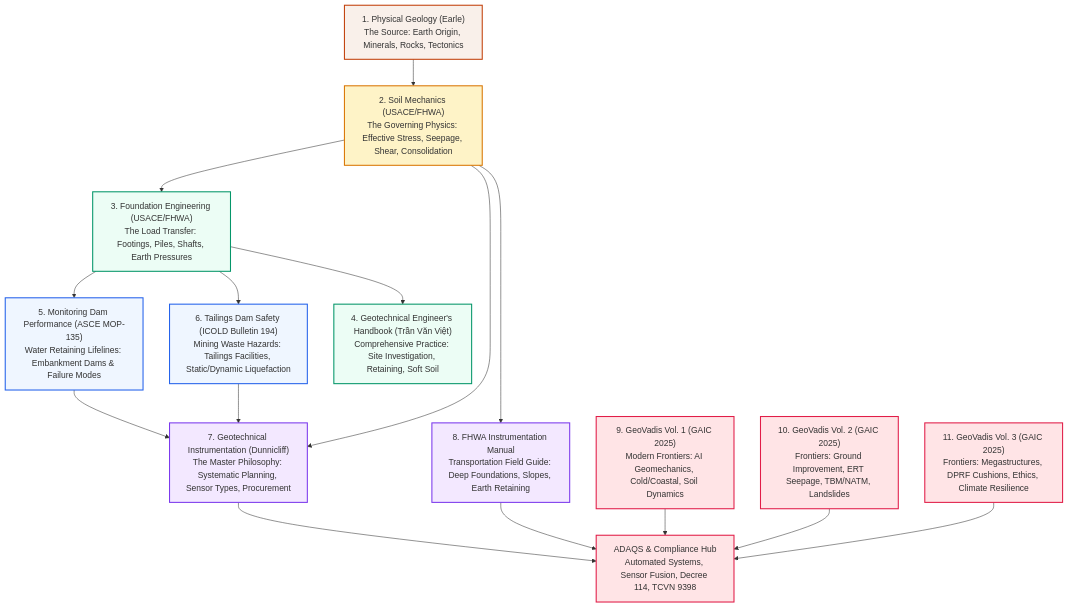
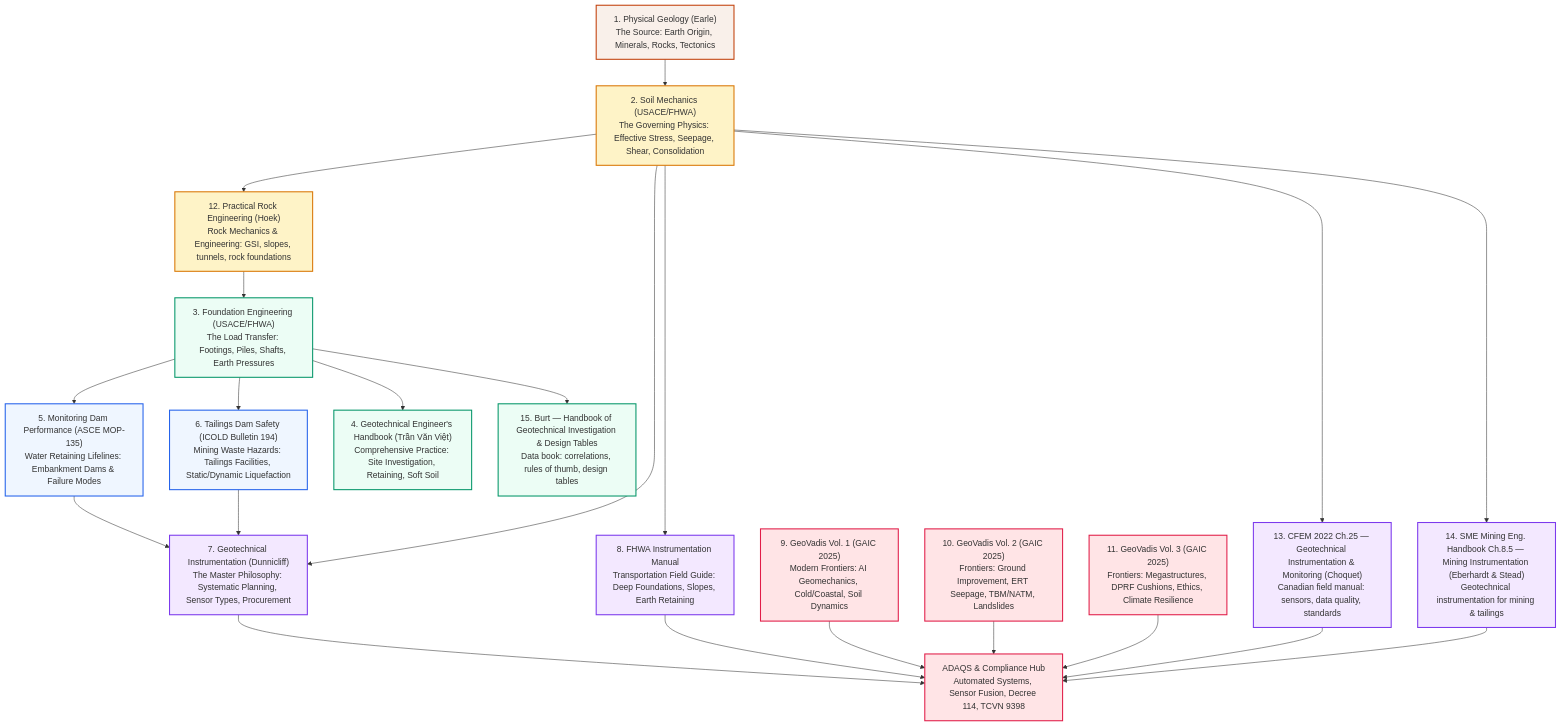
Before and after one commit to geoinst/geoinst.github.io: the second of 6 diagrams in docs/reference-manuals/overarching-vision.md, drawn with Mermaid. The commit also changed other lines of this file and 7 other files, not shown here.

First line of the commit message:
Add Burt investigation-and-design handbook digest; refresh Grand Vision

````diff
--- a/docs/reference-manuals/overarching-vision.md
+++ b/docs/reference-manuals/overarching-vision.md
@@ -58,29 +59,34 @@
 ```mermaid
 graph TD
     classDef foundation fill:#f9f0ea,stroke:#c2410c,stroke-width:2px;
     classDef physics fill:#fef3c7,stroke:#d97706,stroke-width:2px;
     classDef design fill:#ecfdf5,stroke:#059669,stroke-width:2px;
     classDef hazard fill:#eff6ff,stroke:#2563eb,stroke-width:2px;
     classDef monitor fill:#f3e8ff,stroke:#7c3aed,stroke-width:2px;
     classDef system fill:#ffe4e6,stroke:#e11d48,stroke-width:2px;
 
     PG["1. Physical Geology (Earle)<br/>The Source: Earth Origin, Minerals, Rocks, Tectonics"]:::foundation
     SM["2. Soil Mechanics (USACE/FHWA)<br/>The Governing Physics: Effective Stress, Seepage, Shear, Consolidation"]:::physics
     FE["3. Foundation Engineering (USACE/FHWA)<br/>The Load Transfer: Footings, Piles, Shafts, Earth Pressures"]:::design
     HB["4. Geotechnical Engineer's Handbook (Trần Văn Việt)<br/>Comprehensive Practice: Site Investigation, Retaining, Soft Soil"]:::design
     DAM["5. Monitoring Dam Performance (ASCE MOP-135)<br/>Water Retaining Lifelines: Embankment Dams & Failure Modes"]:::hazard
     TLG["6. Tailings Dam Safety (ICOLD Bulletin 194)<br/>Mining Waste Hazards: Tailings Facilities, Static/Dynamic Liquefaction"]:::hazard
     DUN["7. Geotechnical Instrumentation (Dunnicliff)<br/>The Master Philosophy: Systematic Planning, Sensor Types, Procurement"]:::monitor
     FHW["8. FHWA Instrumentation Manual<br/>Transportation Field Guide: Deep Foundations, Slopes, Earth Retaining"]:::monitor
     GV1["9. GeoVadis Vol. 1 (GAIC 2025)<br/>Modern Frontiers: AI Geomechanics, Cold/Coastal, Soil Dynamics"]:::system
     GV2["10. GeoVadis Vol. 2 (GAIC 2025)<br/>Frontiers: Ground Improvement, ERT Seepage, TBM/NATM, Landslides"]:::system
     GV3["11. GeoVadis Vol. 3 (GAIC 2025)<br/>Frontiers: Megastructures, DPRF Cushions, Ethics, Climate Resilience"]:::system
+    PRE["12. Practical Rock Engineering (Hoek)<br/>Rock Mechanics & Engineering: GSI, slopes, tunnels, rock foundations"]:::physics
+    CFEM["13. CFEM 2022 Ch.25 — Geotechnical Instrumentation & Monitoring (Choquet)<br/>Canadian field manual: sensors, data quality, standards"]:::monitor
+    SME["14. SME Mining Eng. Handbook Ch.8.5 — Mining Instrumentation (Eberhardt & Stead)<br/>Geotechnical instrumentation for mining & tailings"]:::monitor
+    BURT["15. Burt — Handbook of Geotechnical Investigation & Design Tables<br/>Data book: correlations, rules of thumb, design tables"]:::design
     ADA["ADAQS & Compliance Hub<br/>Automated Systems, Sensor Fusion, Decree 114, TCVN 9398"]:::system
 
-    PG --> SM --> FE --> DAM & TLG
+    PG --> SM --> PRE --> FE --> DAM & TLG
     FE --> HB
-    SM --> DUN & FHW
+    FE --> BURT
+    SM --> DUN & FHW & CFEM & SME
     DAM & TLG --> DUN
-    DUN & FHW --> ADA
+    DUN & FHW & CFEM & SME --> ADA
     GV1 & GV2 & GV3 --> ADA
 ```
````
